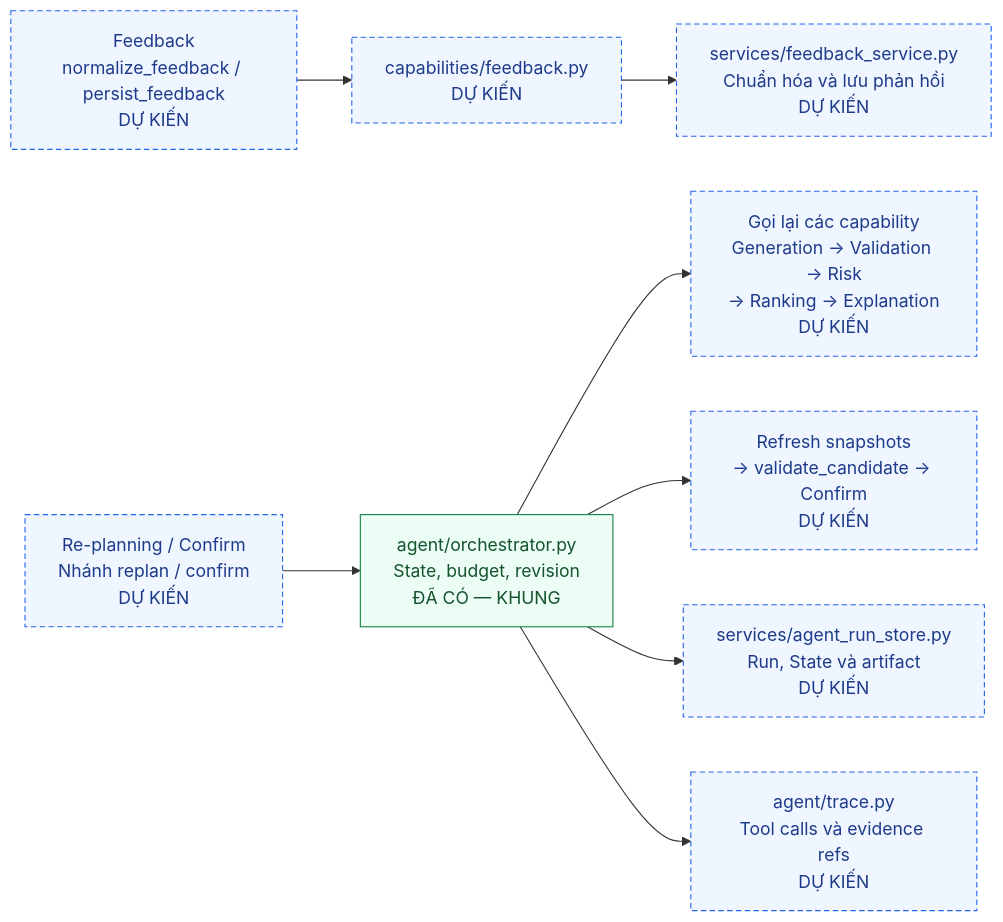
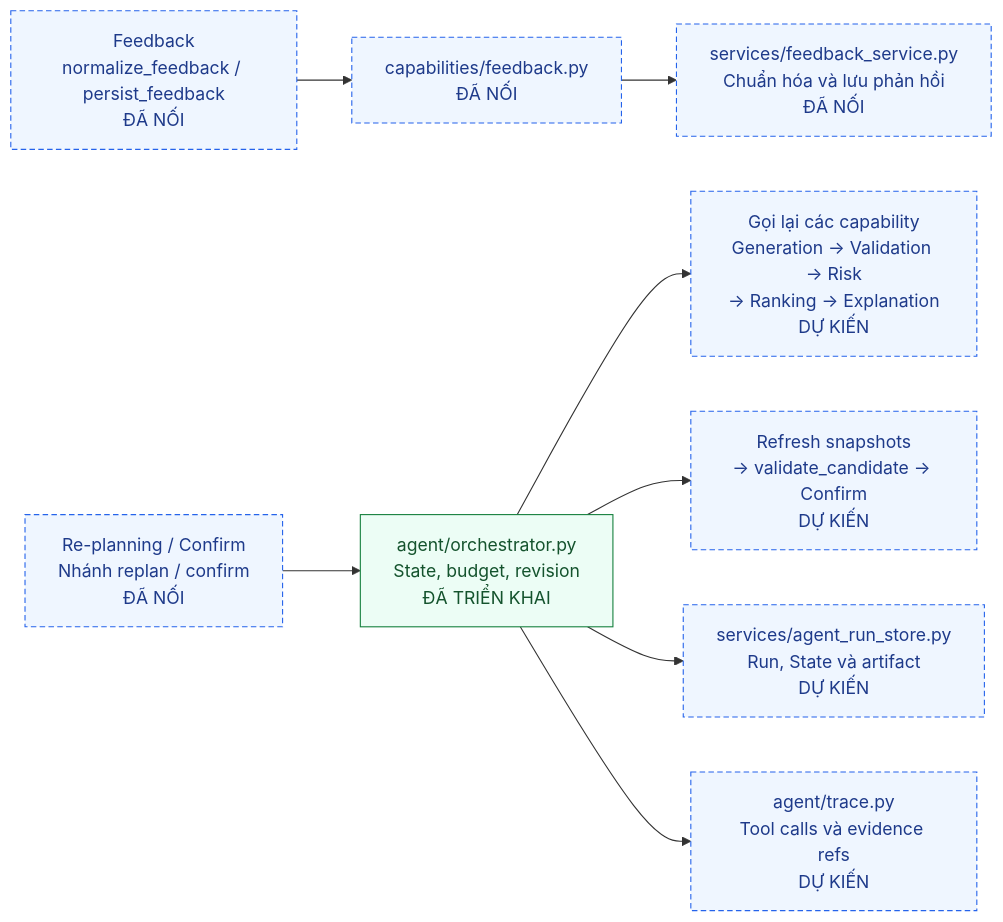
Before and after one commit to tandaoduy/personalized-learning-ontology: the third of 3 diagrams in docs/MAPPING_CAPABILITY_MODULE_TOOL.md, drawn with Mermaid. The commit also changed other lines of this file and 44 other files, not shown here.

Commit message:
feat(agent): complete feedback replanning and final confirmation flow

````diff
--- a/docs/MAPPING_CAPABILITY_MODULE_TOOL.md
+++ b/docs/MAPPING_CAPABILITY_MODULE_TOOL.md
@@ -68,16 +68,16 @@
 ```mermaid
 flowchart LR
-    FB["Feedback<br/>normalize_feedback / persist_feedback<br/>DỰ KIẾN"] --> FBA["capabilities/feedback.py<br/>DỰ KIẾN"]
-    FBA --> FBS["services/feedback_service.py<br/>Chuẩn hóa và lưu phản hồi<br/>DỰ KIẾN"]
+    FB["Feedback<br/>normalize_feedback / persist_feedback<br/>ĐÃ NỐI"] --> FBA["capabilities/feedback.py<br/>ĐÃ NỐI"]
+    FBA --> FBS["services/feedback_service.py<br/>Chuẩn hóa và lưu phản hồi<br/>ĐÃ NỐI"]
 
-    RP["Re-planning / Confirm<br/>Nhánh replan / confirm<br/>DỰ KIẾN"] --> OR["agent/orchestrator.py<br/>State, budget, revision<br/>ĐÃ CÓ — KHUNG"]
+    RP["Re-planning / Confirm<br/>Nhánh replan / confirm<br/>ĐÃ NỐI"] --> OR["agent/orchestrator.py<br/>State, budget, revision<br/>ĐÃ TRIỂN KHAI"]
     OR --> CT["Gọi lại các capability<br/>Generation → Validation → Risk<br/>→ Ranking → Explanation<br/>DỰ KIẾN"]
     OR --> FV["Refresh snapshots<br/>→ validate_candidate → Confirm<br/>DỰ KIẾN"]
     OR --> ST["services/agent_run_store.py<br/>Run, State và artifact<br/>DỰ KIẾN"]
     OR --> TR["agent/trace.py<br/>Tool calls và evidence refs<br/>DỰ KIẾN"]
 
     classDef existing fill:#ecfdf5,stroke:#15803d,color:#14532d;
     classDef planned fill:#eff6ff,stroke:#2563eb,color:#1e3a8a,stroke-dasharray:5 3;
     class OR existing;
     class FB,FBA,FBS,RP,CT,FV,ST,TR planned;
 ```
````
